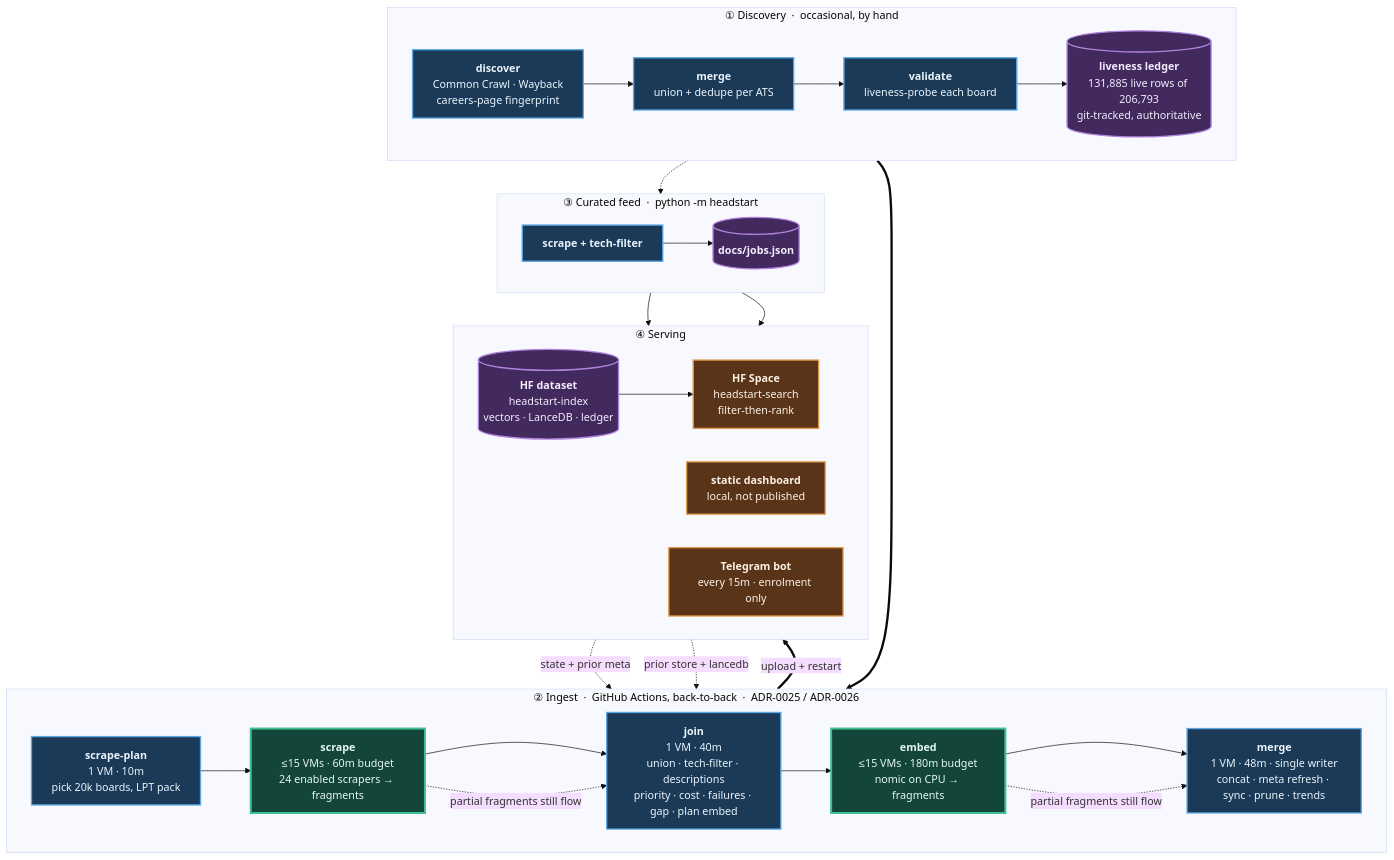
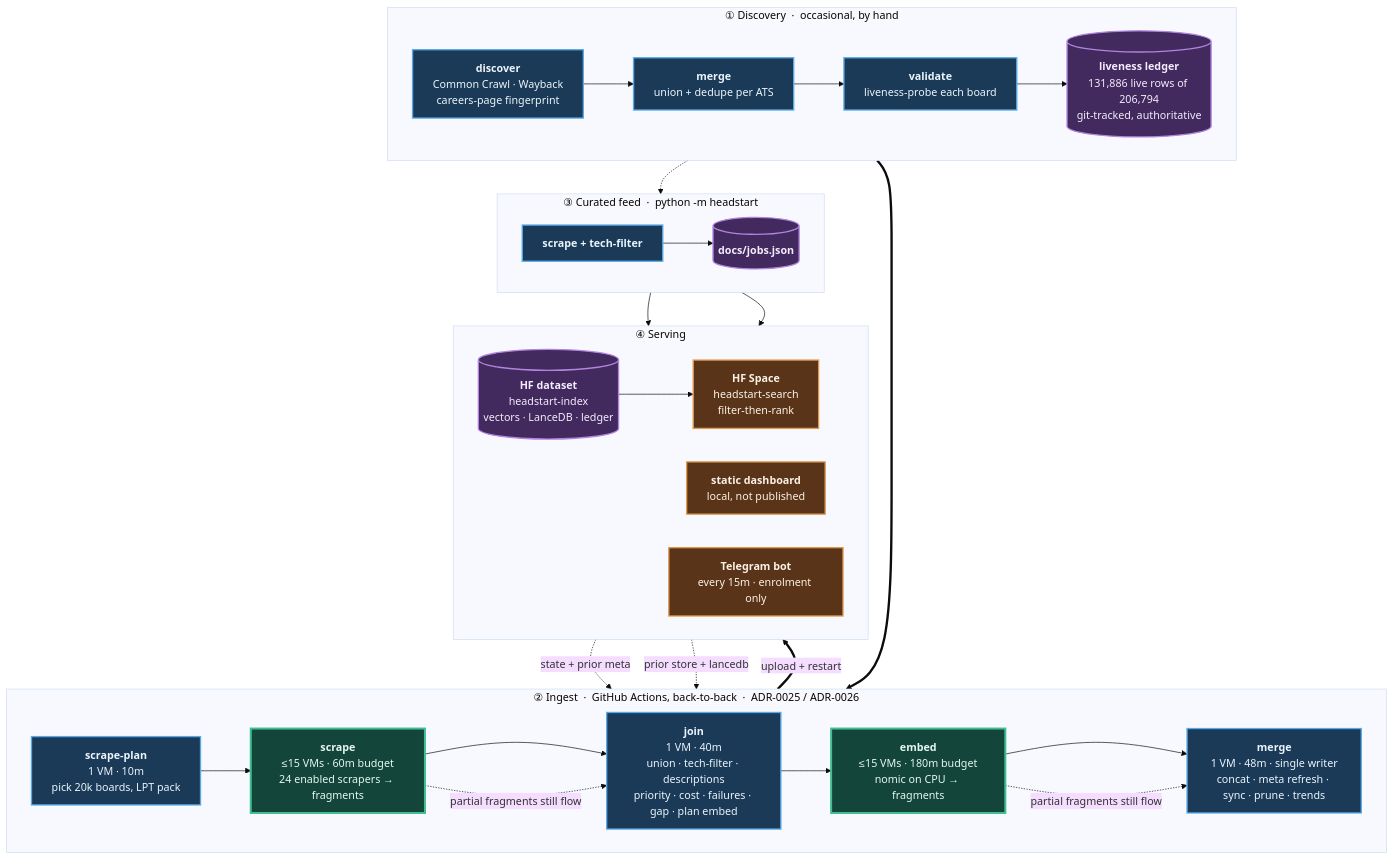
The diagram in README.md (sarthakjain004/headstart), drawn with Mermaid (base theme) before and after one commit. The commit also changed other lines of this file and 10 other files, not shown here.

````diff
--- a/README.md
+++ b/README.md
@@ -84,56 +84,56 @@
 ```mermaid
 flowchart TB
     subgraph D["① Discovery &nbsp;·&nbsp; occasional, by hand"]
         direction LR
         D1["<b>discover</b><br/>Common Crawl · Wayback<br/>careers-page fingerprint"]
         D2["<b>merge</b><br/>union + dedupe per ATS"]
         D3["<b>validate</b><br/>liveness-probe each board"]
-        D4[("<b>liveness ledger</b><br/>131,885 live rows of 206,793<br/>git-tracked, authoritative")]
+        D4[("<b>liveness ledger</b><br/>131,886 live rows of 206,794<br/>git-tracked, authoritative")]
         D1 --> D2 --> D3 --> D4
     end
 
     subgraph P["② Ingest &nbsp;·&nbsp; GitHub Actions, back-to-back &nbsp;·&nbsp; ADR-0025 / ADR-0026"]
         direction LR
         P1["<b>scrape-plan</b><br/>1 VM · 10m<br/>pick 20k boards, LPT pack"]
         P2["<b>scrape</b><br/>≤15 VMs · 60m budget<br/>24 enabled scrapers → fragments"]
         P3["<b>join</b><br/>1 VM · 40m<br/>union · tech-filter · descriptions<br/>priority · cost · failures · gap · plan embed"]
         P4["<b>embed</b><br/>≤15 VMs · 180m budget<br/>nomic on CPU → fragments"]
         P5["<b>merge</b><br/>1 VM · 48m · single writer<br/>concat · meta refresh · sync · prune · trends"]
         P1 --> P2 --> P3 --> P4 --> P5
     end
 
     subgraph F["③ Curated feed &nbsp;·&nbsp; python -m headstart"]
         direction LR
         F1["<b>scrape + tech-filter</b>"]
         F2[("<b>docs/jobs.json</b>")]
         F1 --> F2
     end
 
     subgraph S["④ Serving"]
         direction LR
         S1[("<b>HF dataset</b><br/>headstart-index<br/>vectors · LanceDB · ledger")]
         S2["<b>HF Space</b><br/>headstart-search<br/>filter-then-rank"]
         S3["<b>static dashboard</b><br/>local, not published"]
         S4["<b>Telegram bot</b><br/>every 15m · enrolment only"]
         S1 --> S2
     end
 
     D4 ==> P1
     S1 -. "state + prior meta" .-> P1
     S1 -. "prior store + lancedb" .-> P5
     D4 -.-> F1
     P5 ==>|"upload + restart"| S1
     F2 --> S3
     F2 --> S4
     P2 -. "partial fragments still flow" .-> P3
     P4 -. "partial fragments still flow" .-> P5
 
     classDef serial fill:#1b3a57,stroke:#5aa9e6,stroke-width:2px,color:#eaf4fc
     classDef fan fill:#14453a,stroke:#3fbf8f,stroke-width:3px,color:#e4f7f0
     classDef store fill:#42295e,stroke:#b184dd,stroke-width:2px,color:#f4ecfc
     classDef serve fill:#5a3418,stroke:#e09a4f,stroke-width:2px,color:#fbf1e6
     class D1,D2,D3,P1,P3,P5,F1 serial
     class P2,P4 fan
     class D4,F2,S1 store
     class S2,S3,S4 serve
 ```
````
